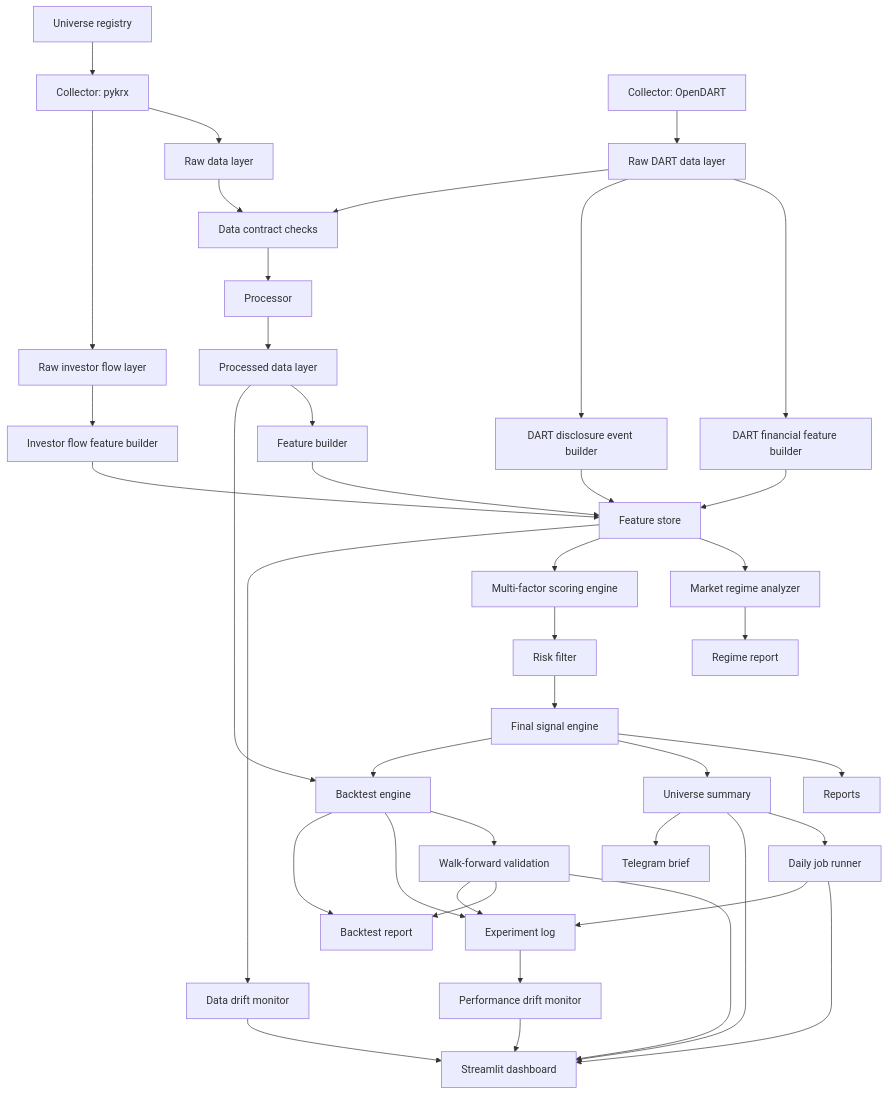
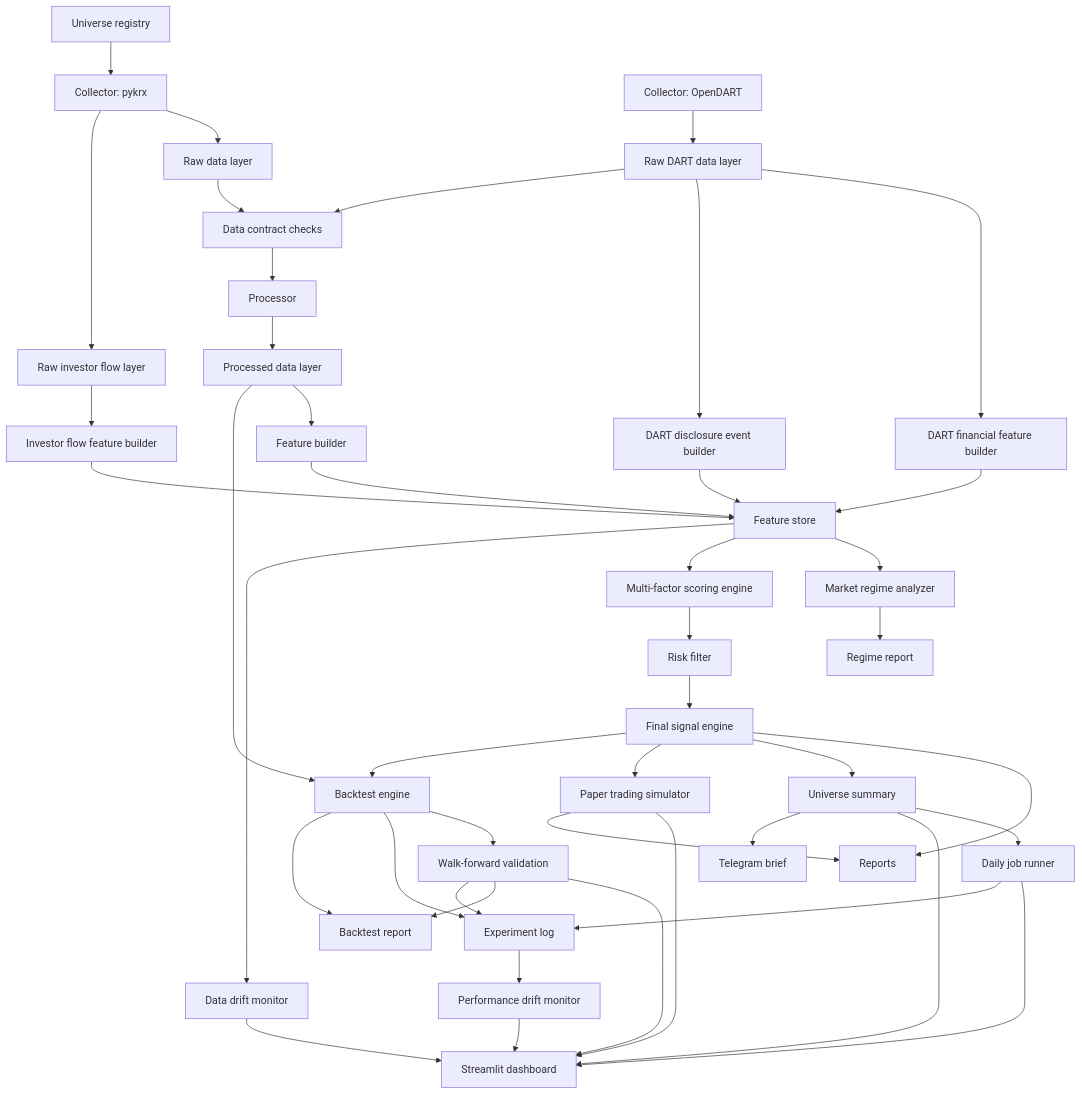
One commit to pkb0728-lgtm/krx-alpha-platform changed the diagram in docs/architecture.md. Above: the diagram before and after it, drawn with Mermaid. The commit also changed other lines of this file and 16 other files, not shown here.

Commit message:
Add paper trading simulation mode

````diff
--- a/docs/architecture.md
+++ b/docs/architecture.md
@@ -11,43 +11,46 @@
 ```mermaid
 flowchart TD
     U["Universe registry"] --> A
     A["Collector: pykrx"] --> B["Raw data layer"]
     A --> W["Raw investor flow layer"]
     X["Collector: OpenDART"] --> Y["Raw DART data layer"]
     Y --> Z["DART financial feature builder"]
     Y --> V["DART disclosure event builder"]
     Z --> G
     V --> G
     W --> S["Investor flow feature builder"]
     S --> G
     B --> C["Data contract checks"]
     Y --> C
     C --> D["Processor"]
     D --> E["Processed data layer"]
     E --> F["Feature builder"]
     F --> G["Feature store"]
     G --> R["Market regime analyzer"]
     G --> H["Multi-factor scoring engine"]
     H --> I["Risk filter"]
     I --> J["Final signal engine"]
     J --> K["Reports"]
     J --> L["Universe summary"]
+    J --> PT["Paper trading simulator"]
     L --> DJ["Daily job runner"]
     L --> M["Streamlit dashboard"]
+    PT --> M
+    PT --> K
     DJ --> M
     L --> T["Telegram brief"]
     J --> N["Backtest engine"]
     E --> N
     N --> Q["Walk-forward validation"]
     N --> EL["Experiment log"]
     EL --> PD["Performance drift monitor"]
     G --> DD["Data drift monitor"]
     N --> O["Backtest report"]
     Q --> M
     Q --> O
     Q --> EL
     DJ --> EL
     PD --> M
     DD --> M
     R --> P["Regime report"]
 ```
````
